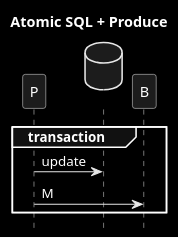
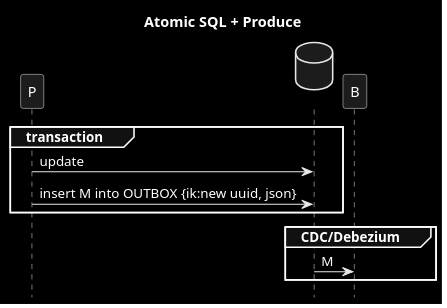
Before and after one commit to victorrentea/kafka: the diagram in patterns/5_dual_db_m.puml, drawn with PlantUML. The commit also changed 14 other files, not shown here.

```diff
--- a/patterns/5_dual_db_m.puml
+++ b/patterns/5_dual_db_m.puml
@@ -1,21 +1,23 @@
 @startuml
 title Atomic SQL + Produce
 hide footbox
 skinparam monochrome reverse
 database " " as DB order 9
 participant B order 10
 
 group transaction
     P->DB: update
-    P->B: M
-'    P->DB: insert M into OUTBOX
+    P->DB: insert M into OUTBOX {ik:new uuid, json}
 end
 
-'Poller->DB: M = select from OUTBOX
-'Poller->B: M
-'Poller->DB: delete M from OUTBOX
+'Poller->DB: M{ik} = select from OUTBOX
+'Poller->B: M{ik}
+'Poller->DB!!: delete M from OUTBOX
+'Poller->DB: M{ik} = select from OUTBOX
+'Poller->B: M{ik}
 
-'group CDC
-'    DB->B: M
-'end
+
+group CDC/Debezium
+    DB->B: M
+end
 @enduml
```
